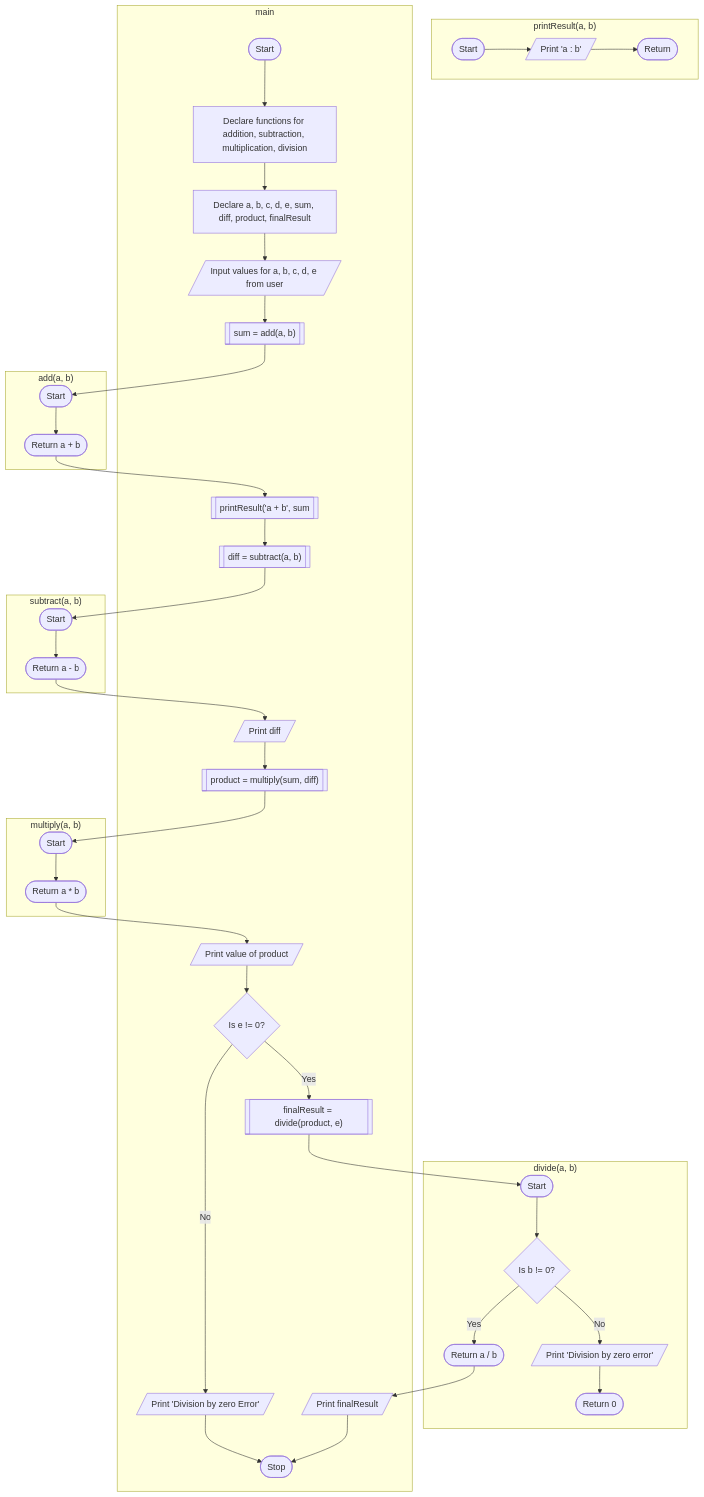
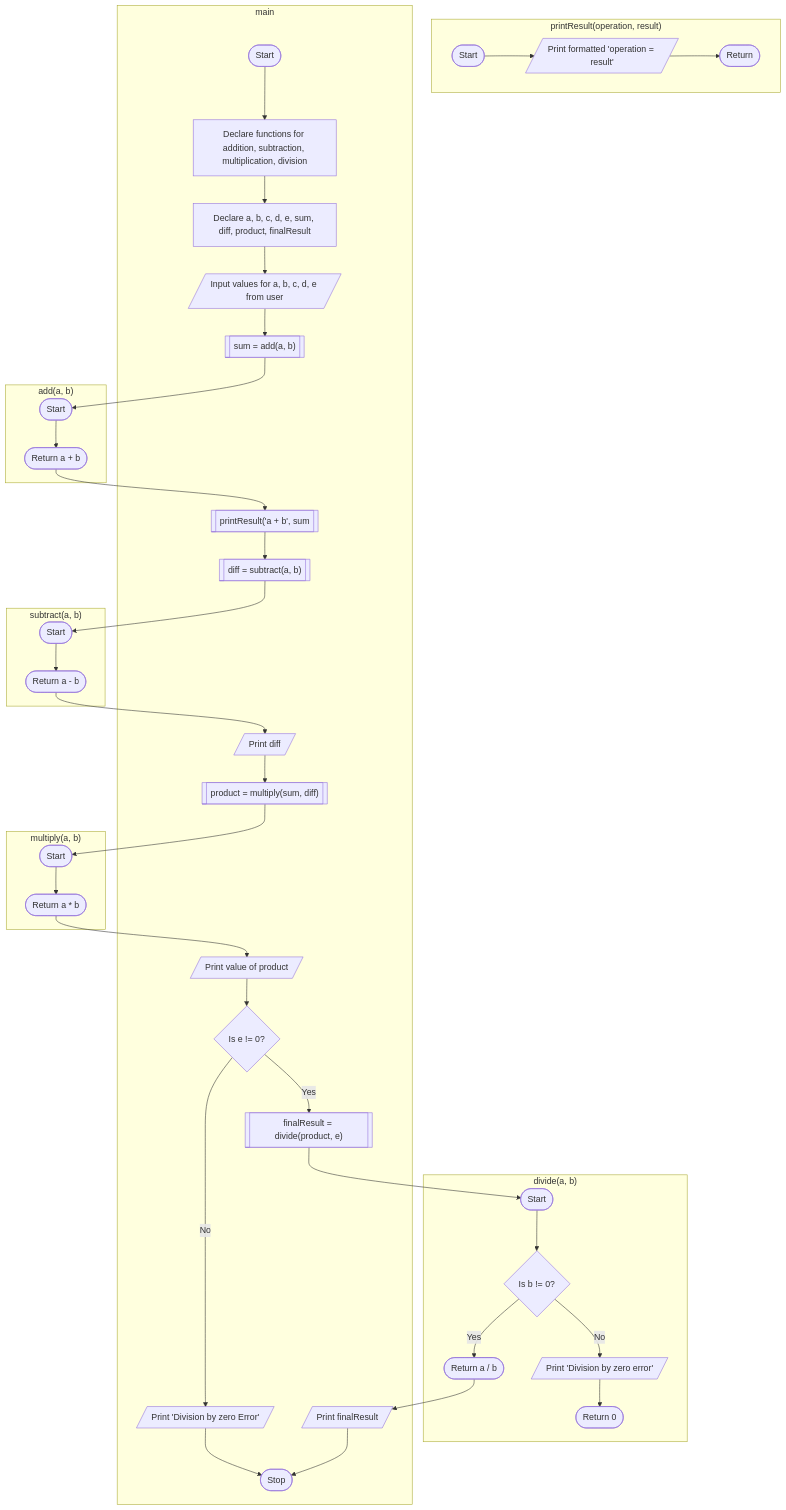
The diagram in PR/P7 - Functions.md (Vinit-source/Programming-for-problem-solving), drawn with Mermaid before and after one commit. The commit also changed other lines of this file, not shown here.

Commit message:
PR/P7 - Functions.md updated from https://stackedit.io/

````diff
--- a/PR/P7 - Functions.md
+++ b/PR/P7 - Functions.md
@@ -20,56 +20,56 @@
 ```mermaid
 graph TD;
 
 subgraph "add(a, b)" 
 	addStart([Start]);
 	B1([Return a + b]);
 	addStart --> B1;
 end
 subgraph "subtract(a, b)"
 	subStart([Start]);
 	B2([Return a - b]);
 	subStart --> B2;
 end
 subgraph "multiply(a, b)"
 	mulStart([Start]);
 	B3([Return a * b]);
 	mulStart --> B3;
 end
 subgraph "divide(a, b)"
 	divStart([Start]);
 	J{Is b != 0?};
     J -- Yes --> K([Return a / b]);
     J -- No --> M[/Print 'Division by zero error'/];
     divStart --> J;
     M --> MR([Return 0]);
 end
-subgraph "printResult(a, b)"
+subgraph "printResult(operation, result)"
 	printStart([Start]);
-	P[/Print 'a : b'/];
+	P[/Print formatted 'operation = result'/];
 	R([Return]);
 	printStart --> P;
 	P --> R;
 end
 subgraph main
     A([Start]) --> B[Declare functions for addition, subtraction, multiplication, division];
     B --> BB[Declare a, b, c, d, e, sum, diff, product, finalResult];
     BB --> C[/Input values for a, b, c, d, e from user/];
 	C --> CB[["sum = add(a, b)"]];
 	CB --> addStart;
 	B1 --> E 
     E[["printResult('a + b', sum"]];
     E --> F[["diff = subtract(a, b)"]];
     F --> subStart;
     B2 --> G[/Print diff/];
     G --> H[["product = multiply(sum, diff)"]];
     H --> mulStart;
     B3 --> I[/Print value of product/];
     I --> DB0{Is e != 0?};
     DB0 -- Yes --> I1[["finalResult = divide(product, e)"]];
     I1 --> divStart;
     K --> L[/Print finalResult/];
     L --> N([Stop]);
     DB0 -- No --> N0[/"Print 'Division by zero Error'"/];
     N0 --> N
    end
 ```
````
